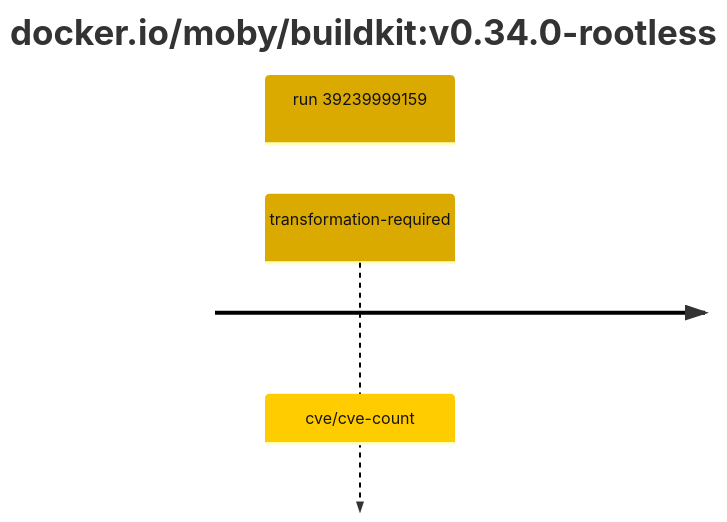
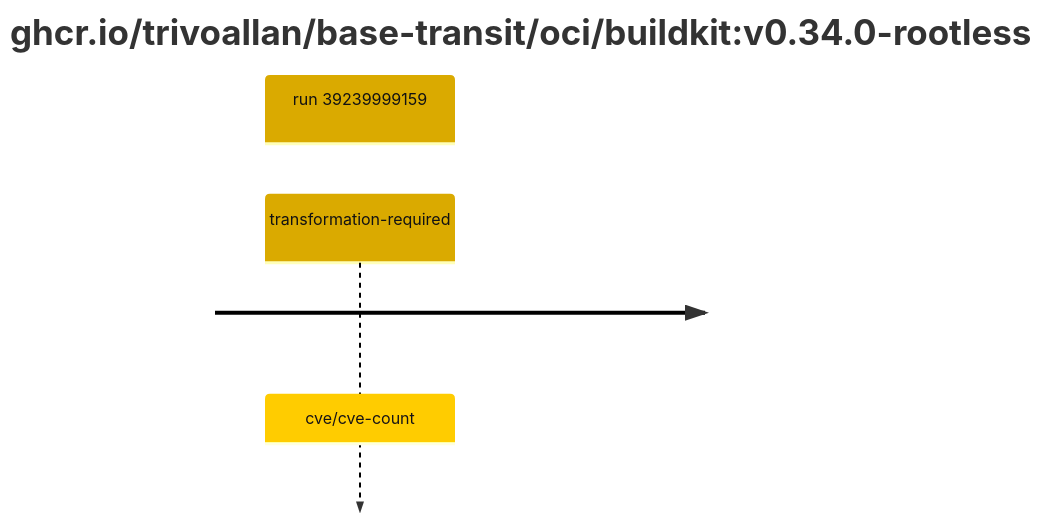
Before and after one commit to trivoallan/base-images: the second of 2 diagrams in results/reports/buildkit-0/sha256:65eca3c01cd1180c8f64565c4e3c5983af5145818b0e6fa863385d099eb73855/39239999159-1.md, drawn with Mermaid. The commit also changed other lines of this file and 3 other files, not shown here.

````diff
--- a/results/reports/buildkit-0/sha256:65eca3c01cd1180c8f64565c4e3c5983af5145818b0e6fa863385d099eb73855/39239999159-1.md
+++ b/results/reports/buildkit-0/sha256:65eca3c01cd1180c8f64565c4e3c5983af5145818b0e6fa863385d099eb73855/39239999159-1.md
@@ -5,7 +24,7 @@
 ```mermaid
 %%{init: {"theme": "default", "themeVariables": {"cScale0": "#daaa00", "cScaleLabel0": "#121212"}}}%%
 timeline
-    title docker.io/moby/buildkit#58;v0.34.0-rootless
+    title ghcr.io/trivoallan/base-transit/oci/buildkit#58;v0.34.0-rootless
     section run 39239999159
         transformation-required : cve/cve-count
 ```
````
